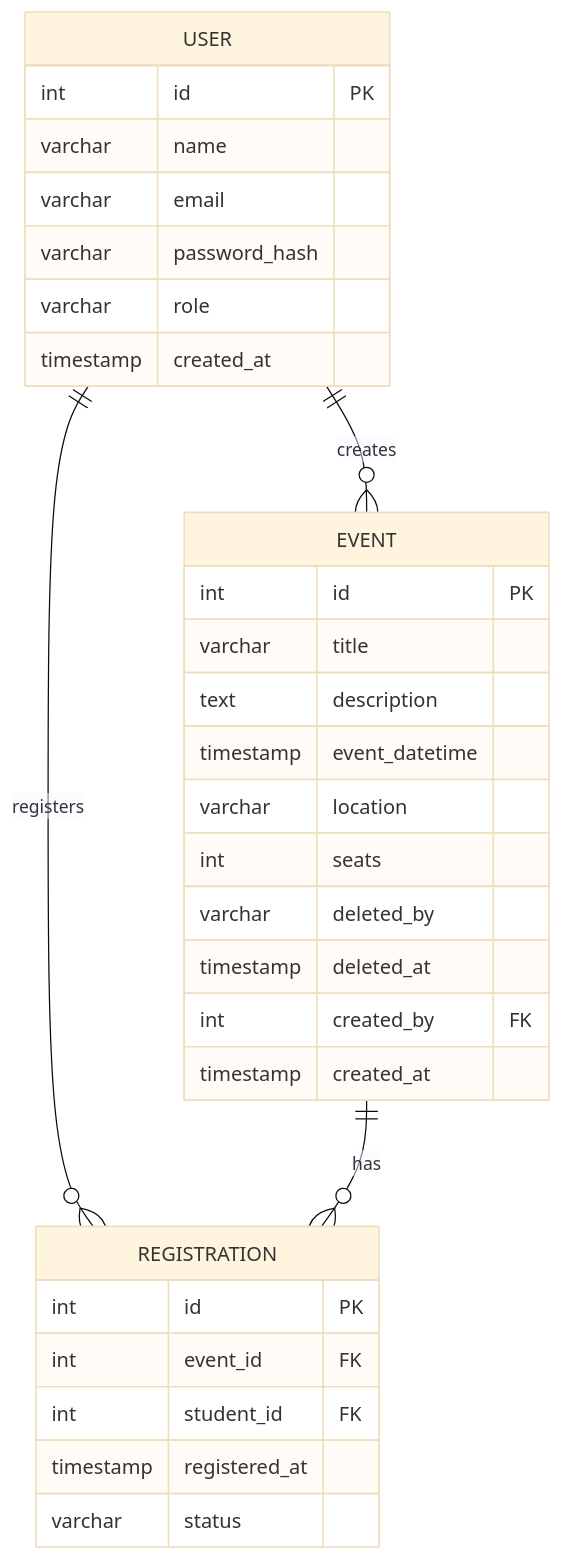
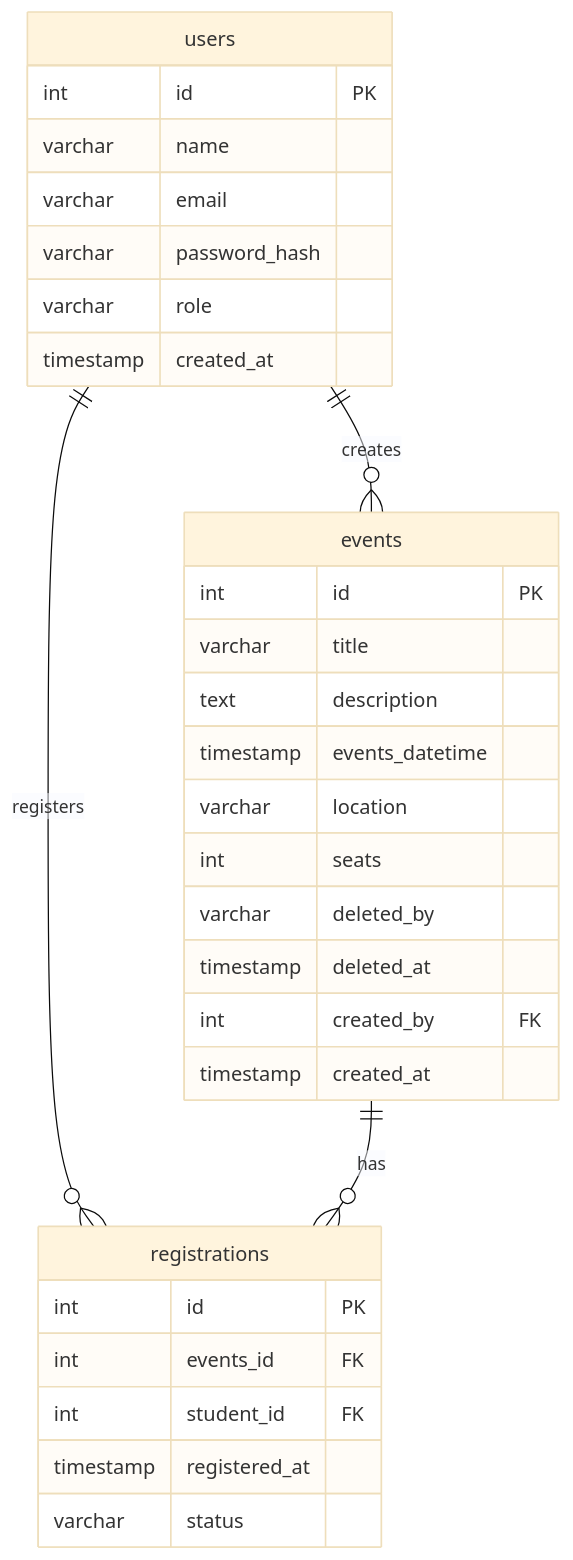
One commit to sarvjeet24kumar/Project-Documentation changed the diagram in docs/er_diagram.md. Above: the diagram before and after it, drawn with Mermaid (base theme). The commit also changed 1 other file, not shown here.

Commit message:
Update Name of table

````diff
--- a/docs/er_diagram.md
+++ b/docs/er_diagram.md
@@ -1,38 +1,38 @@
 ```mermaid
 erDiagram
 
-    USER {
+    users {
         int id PK
         varchar name
         varchar email
         varchar password_hash
         varchar role
         timestamp created_at
     }
 
-    EVENT {
+    events {
         int id PK
         varchar title
         text description
-        timestamp event_datetime
+        timestamp events_datetime
         varchar location
         int seats
         varchar deleted_by
         timestamp deleted_at
         int created_by FK
         timestamp created_at
     }
 
-    REGISTRATION {
+    registrations {
         int id PK
-        int event_id FK
+        int events_id FK
         int student_id FK
         timestamp registered_at
         varchar status
     }
 
-    USER ||--o{ EVENT : "creates"
-    USER ||--o{ REGISTRATION : "registers"
-    EVENT ||--o{ REGISTRATION : "has"
+    users ||--o{ events : "creates"
+    users ||--o{ registrations : "registers"
+    events ||--o{ registrations : "has"
 
 ```
````
